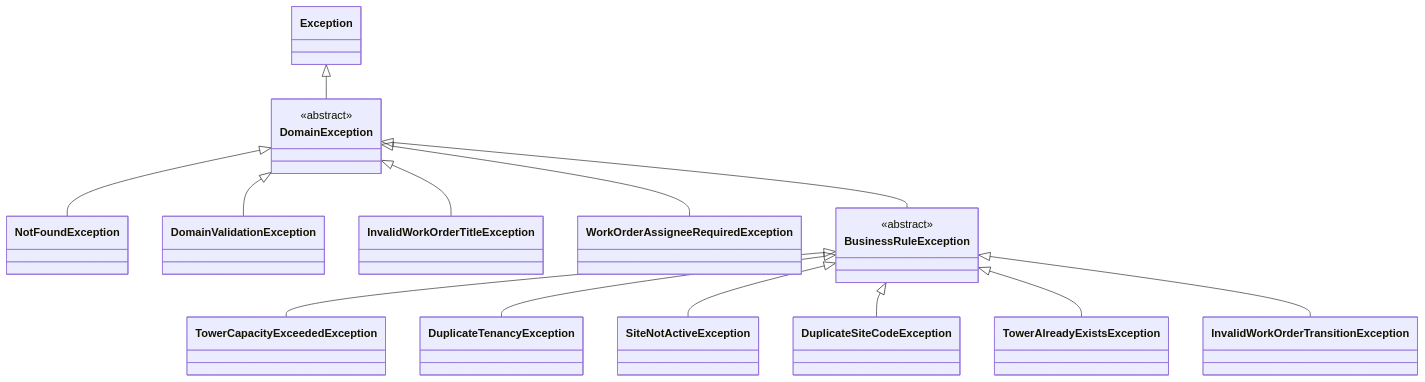
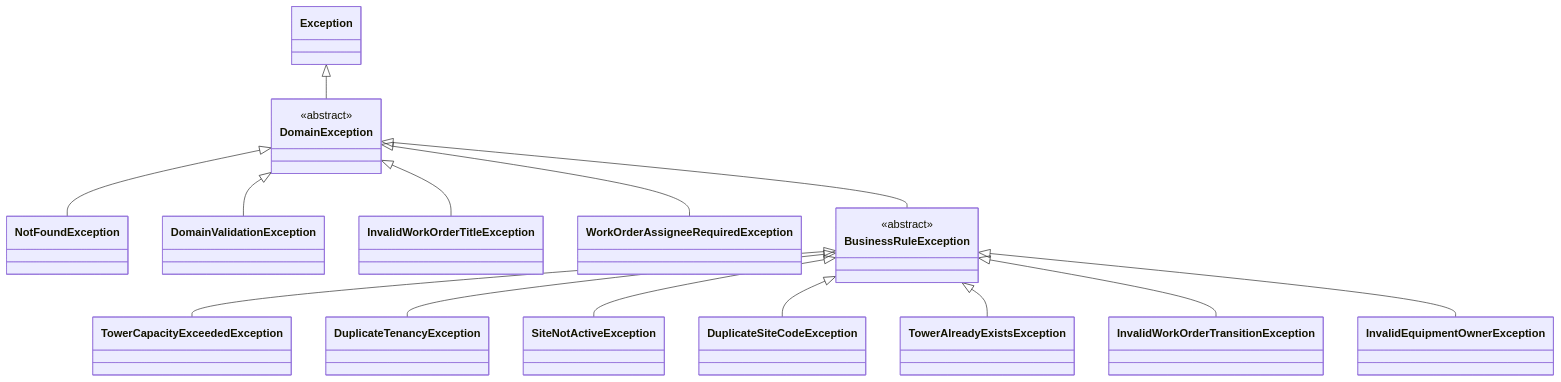
The seventh of 9 diagrams in docs/architecture/2026-11-02_19-06-37_backend-architecture.md (prasanna-allu-dev/TowerCo_Mgmt), drawn with Mermaid before and after one commit. The commit also changed other lines of this file and 100 other files, not shown here.

````diff
--- a/docs/architecture/2026-11-02_19-06-37_backend-architecture.md
+++ b/docs/architecture/2026-11-02_19-06-37_backend-architecture.md
@@ -411,17 +413,18 @@
 ```mermaid
 classDiagram
     Exception <|-- DomainException
     DomainException <|-- NotFoundException
     DomainException <|-- DomainValidationException
     DomainException <|-- InvalidWorkOrderTitleException
     DomainException <|-- WorkOrderAssigneeRequiredException
     DomainException <|-- BusinessRuleException
     BusinessRuleException <|-- TowerCapacityExceededException
     BusinessRuleException <|-- DuplicateTenancyException
     BusinessRuleException <|-- SiteNotActiveException
     BusinessRuleException <|-- DuplicateSiteCodeException
     BusinessRuleException <|-- TowerAlreadyExistsException
     BusinessRuleException <|-- InvalidWorkOrderTransitionException
+    BusinessRuleException <|-- InvalidEquipmentOwnerException
     <<abstract>> DomainException
     <<abstract>> BusinessRuleException
 ```
````
